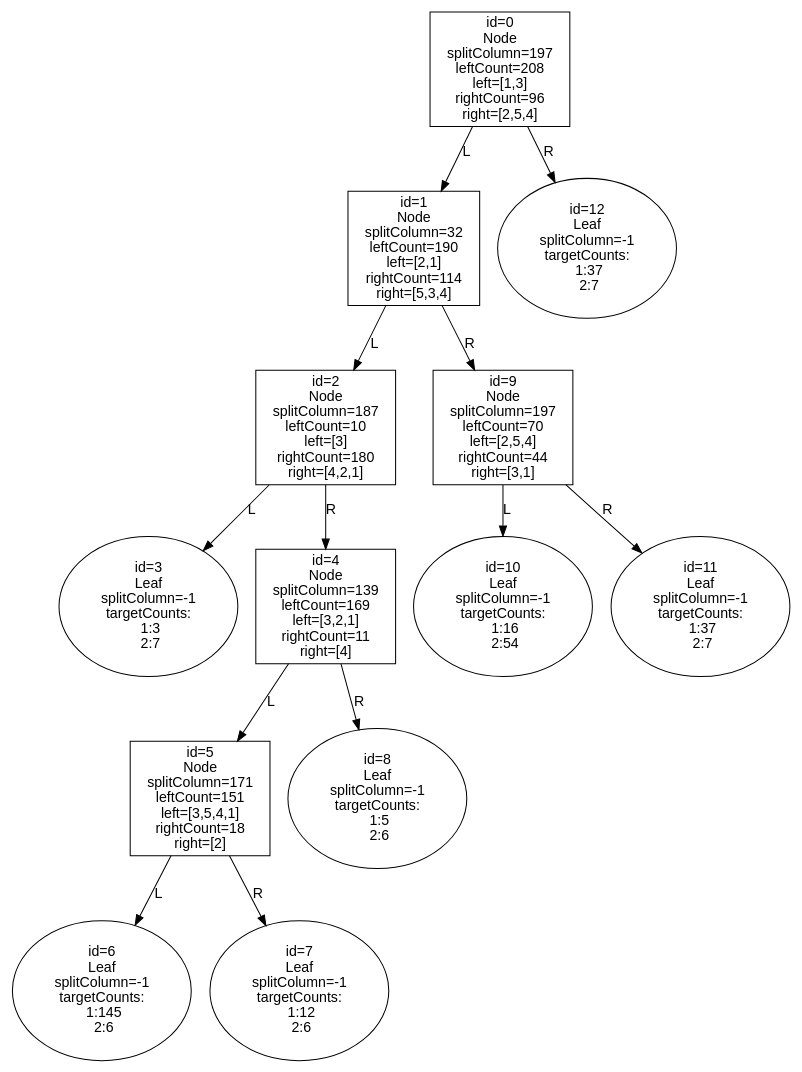
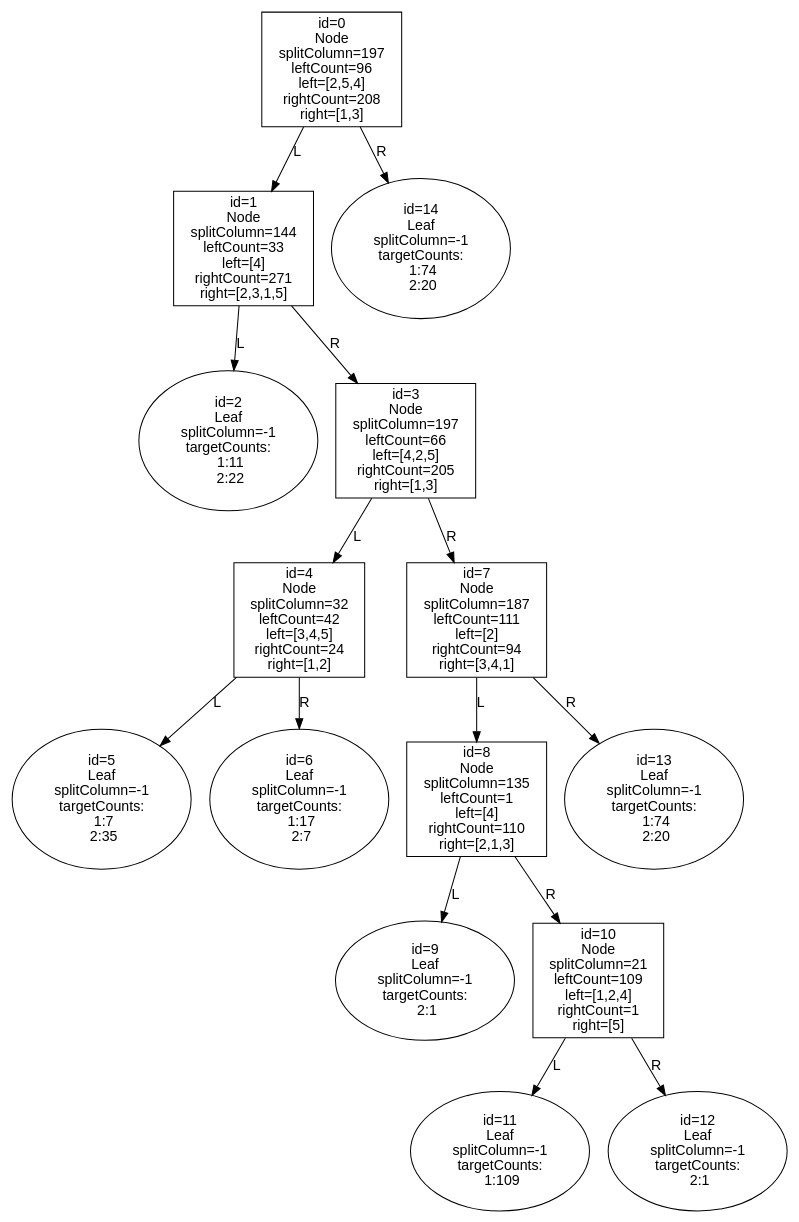
One commit to nathanjrussell/ModelBuilder changed the diagram in modelbuilder_tree.dot. Above: the diagram before and after it, drawn with Graphviz. The commit also changed 3 other files, not shown here.

```diff
--- a/modelbuilder_tree.dot
+++ b/modelbuilder_tree.dot
@@ -1,30 +1,34 @@
 digraph LeftTree {
   rankdir=TB;
   node [shape=box, fontname="Helvetica"];
   edge [fontname="Helvetica"];
-  n0 [shape=box, label="id=0\nNode\nsplitColumn=197\nleftCount=208\nleft=[1,3]\nrightCount=96\nright=[2,5,4]"];
-  n1 [shape=box, label="id=1\nNode\nsplitColumn=32\nleftCount=190\nleft=[2,1]\nrightCount=114\nright=[5,3,4]"];
-  n2 [shape=box, label="id=2\nNode\nsplitColumn=187\nleftCount=10\nleft=[3]\nrightCount=180\nright=[4,2,1]"];
-  n3 [shape=ellipse, label="id=3\nLeaf\nsplitColumn=-1\ntargetCounts:\n  1:3\n  2:7"];
-  n4 [shape=box, label="id=4\nNode\nsplitColumn=139\nleftCount=169\nleft=[3,2,1]\nrightCount=11\nright=[4]"];
-  n5 [shape=box, label="id=5\nNode\nsplitColumn=171\nleftCount=151\nleft=[3,5,4,1]\nrightCount=18\nright=[2]"];
-  n6 [shape=ellipse, label="id=6\nLeaf\nsplitColumn=-1\ntargetCounts:\n  1:145\n  2:6"];
-  n7 [shape=ellipse, label="id=7\nLeaf\nsplitColumn=-1\ntargetCounts:\n  1:12\n  2:6"];
-  n8 [shape=ellipse, label="id=8\nLeaf\nsplitColumn=-1\ntargetCounts:\n  1:5\n  2:6"];
-  n9 [shape=box, label="id=9\nNode\nsplitColumn=197\nleftCount=70\nleft=[2,5,4]\nrightCount=44\nright=[3,1]"];
-  n10 [shape=ellipse, label="id=10\nLeaf\nsplitColumn=-1\ntargetCounts:\n  1:16\n  2:54"];
-  n11 [shape=ellipse, label="id=11\nLeaf\nsplitColumn=-1\ntargetCounts:\n  1:37\n  2:7"];
-  n12 [shape=ellipse, label="id=12\nLeaf\nsplitColumn=-1\ntargetCounts:\n  1:37\n  2:7"];
+  n0 [shape=box, label="id=0\nNode\nsplitColumn=197\nleftCount=96\nleft=[2,5,4]\nrightCount=208\nright=[1,3]"];
+  n1 [shape=box, label="id=1\nNode\nsplitColumn=144\nleftCount=33\nleft=[4]\nrightCount=271\nright=[2,3,1,5]"];
+  n2 [shape=ellipse, label="id=2\nLeaf\nsplitColumn=-1\ntargetCounts:\n  1:11\n  2:22"];
+  n3 [shape=box, label="id=3\nNode\nsplitColumn=197\nleftCount=66\nleft=[4,2,5]\nrightCount=205\nright=[1,3]"];
+  n4 [shape=box, label="id=4\nNode\nsplitColumn=32\nleftCount=42\nleft=[3,4,5]\nrightCount=24\nright=[1,2]"];
+  n5 [shape=ellipse, label="id=5\nLeaf\nsplitColumn=-1\ntargetCounts:\n  1:7\n  2:35"];
+  n6 [shape=ellipse, label="id=6\nLeaf\nsplitColumn=-1\ntargetCounts:\n  1:17\n  2:7"];
+  n7 [shape=box, label="id=7\nNode\nsplitColumn=187\nleftCount=111\nleft=[2]\nrightCount=94\nright=[3,4,1]"];
+  n8 [shape=box, label="id=8\nNode\nsplitColumn=135\nleftCount=1\nleft=[4]\nrightCount=110\nright=[2,1,3]"];
+  n9 [shape=ellipse, label="id=9\nLeaf\nsplitColumn=-1\ntargetCounts:\n  2:1"];
+  n10 [shape=box, label="id=10\nNode\nsplitColumn=21\nleftCount=109\nleft=[1,2,4]\nrightCount=1\nright=[5]"];
+  n11 [shape=ellipse, label="id=11\nLeaf\nsplitColumn=-1\ntargetCounts:\n  1:109"];
+  n12 [shape=ellipse, label="id=12\nLeaf\nsplitColumn=-1\ntargetCounts:\n  2:1"];
+  n13 [shape=ellipse, label="id=13\nLeaf\nsplitColumn=-1\ntargetCounts:\n  1:74\n  2:20"];
+  n14 [shape=ellipse, label="id=14\nLeaf\nsplitColumn=-1\ntargetCounts:\n  1:74\n  2:20"];
   n0 -> n1 [label="L"];
-  n0 -> n12 [label="R"];
+  n0 -> n14 [label="R"];
   n1 -> n2 [label="L"];
-  n1 -> n9 [label="R"];
-  n2 -> n3 [label="L"];
-  n2 -> n4 [label="R"];
+  n1 -> n3 [label="R"];
+  n3 -> n4 [label="L"];
+  n3 -> n7 [label="R"];
   n4 -> n5 [label="L"];
-  n4 -> n8 [label="R"];
-  n5 -> n6 [label="L"];
-  n5 -> n7 [label="R"];
-  n9 -> n10 [label="L"];
-  n9 -> n11 [label="R"];
+  n4 -> n6 [label="R"];
+  n7 -> n8 [label="L"];
+  n7 -> n13 [label="R"];
+  n8 -> n9 [label="L"];
+  n8 -> n10 [label="R"];
+  n10 -> n11 [label="L"];
+  n10 -> n12 [label="R"];
 }
```
